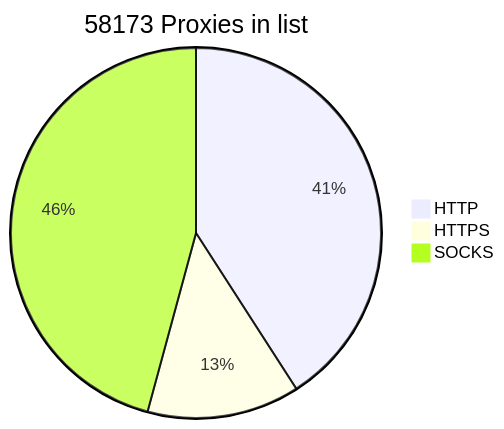
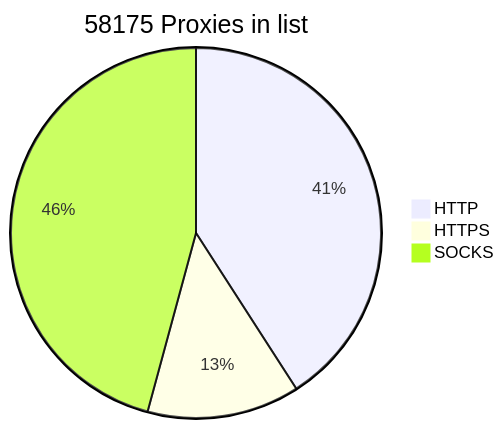
Before and after one commit to BlackSnowDot/proxylist-update-every-minute: the diagram in README.md, drawn with Mermaid.

````diff
--- a/README.md
+++ b/README.md
@@ -2,6 +2,6 @@
 ```mermaid
-pie title 58173 Proxies in list
+pie title 58175 Proxies in list
     "HTTP" : 26801
     "HTTPS": 8730
-    "SOCKS" : 30006
+    "SOCKS" : 30008
 ```
````
